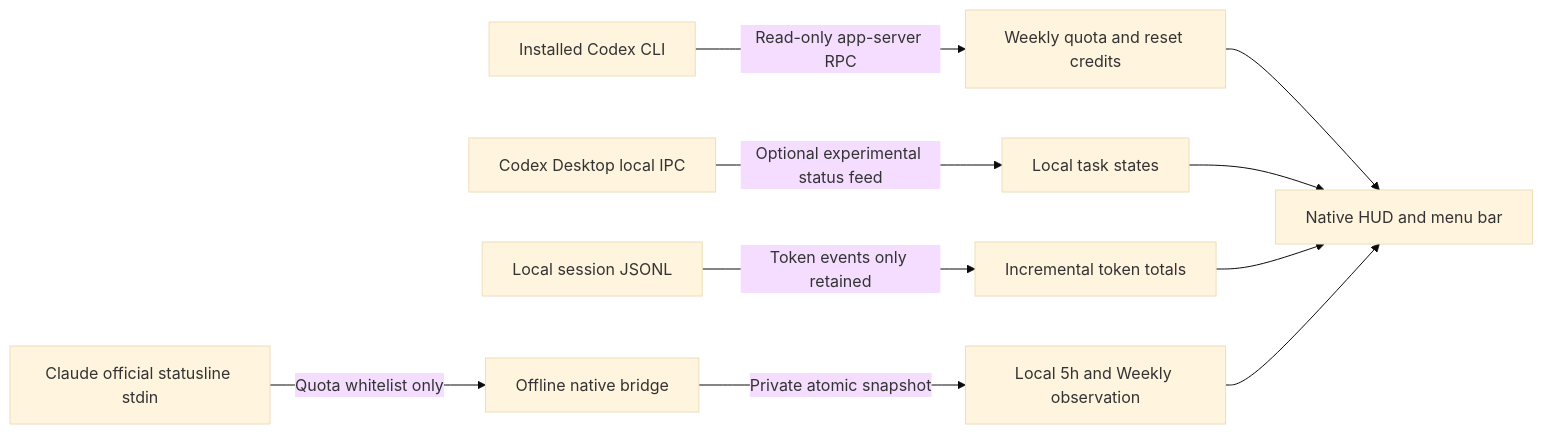
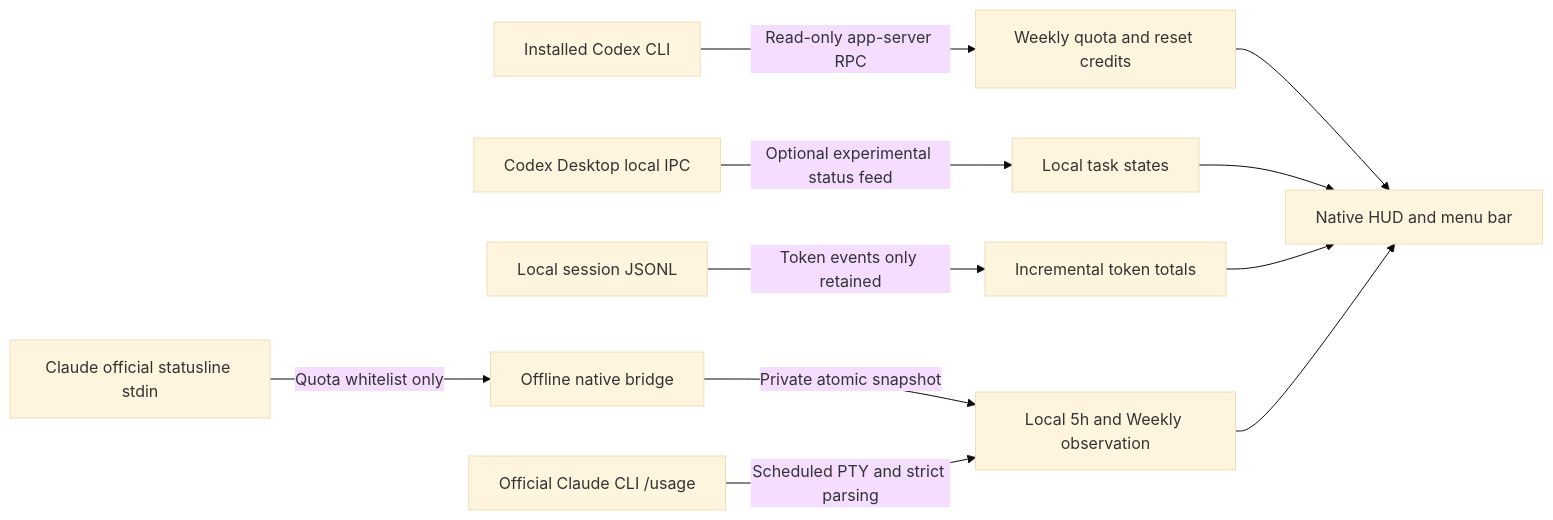
Before and after one commit to chenlongzhen/codex-hud: the diagram in README.en.md, drawn with Mermaid (base theme). The commit also changed other lines of this file and 32 other files, not shown here.

First line of the commit message:
Add default-on Claude quota polling via official CLI

````diff
--- a/README.en.md
+++ b/README.en.md
@@ -118,12 +122,13 @@
 ```mermaid
 flowchart LR
     CLI[Installed Codex CLI] -->|Read-only app-server RPC| Quota[Weekly quota and reset credits]
     Desktop[Codex Desktop local IPC] -->|Optional experimental status feed| Tasks[Local task states]
     Logs[Local session JSONL] -->|Token events only retained| Tokens[Incremental token totals]
     Quota --> HUD[Native HUD and menu bar]
     Tasks --> HUD
     Tokens --> HUD
     Claude[Claude official statusline stdin] -->|Quota whitelist only| Bridge[Offline native bridge]
     Bridge -->|Private atomic snapshot| Observation[Local 5h and Weekly observation]
+    Probe[Official Claude CLI /usage] -->|Scheduled PTY and strict parsing| Observation
     Observation --> HUD
 ```
````
